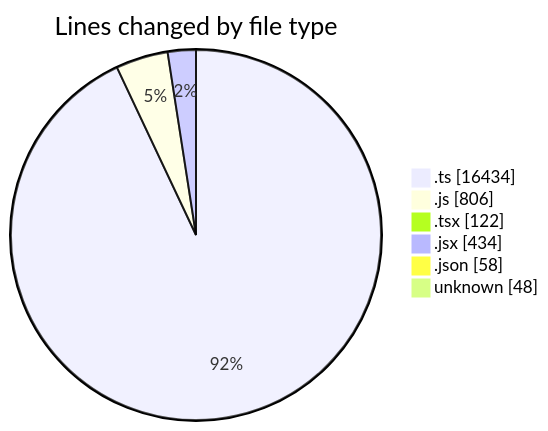
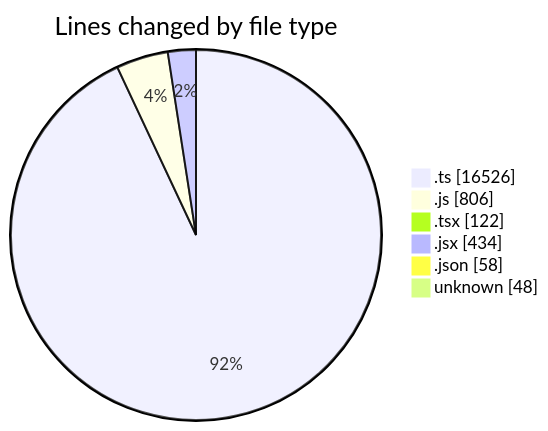
Before and after one commit to momahboobian/code-tracking: the first of 2 diagrams in 2025-11-12/cda/README.md, drawn with Mermaid. The commit also changed other lines of this file and 1 other file, not shown here.

````diff
--- a/2025-11-12/cda/README.md
+++ b/2025-11-12/cda/README.md
@@ -35,10 +35,10 @@
 ```mermaid
 pie showData
 title Lines changed by file type
-".ts" : 16434
+".ts" : 16526
 ".js" : 806
 ".tsx" : 122
 ".jsx" : 434
 ".json" : 58
 "unknown" : 48
 ```
````
